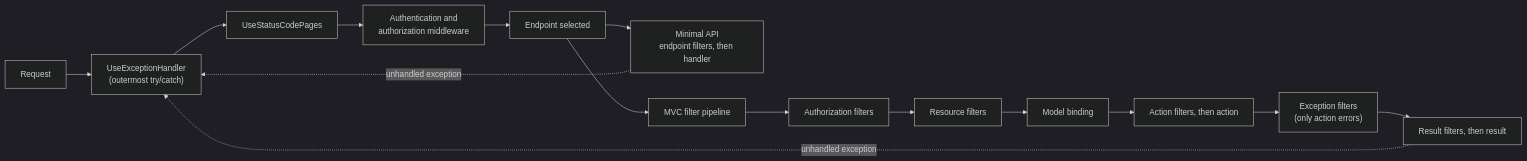
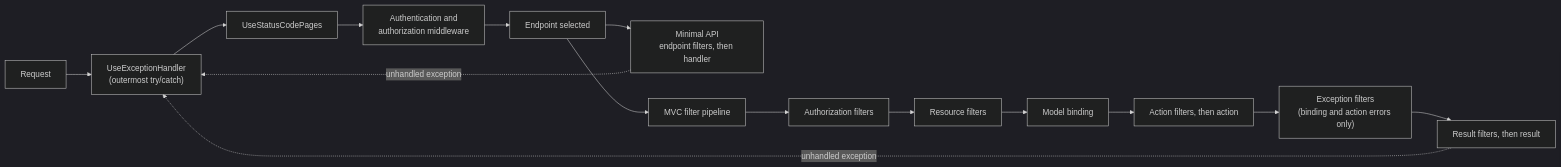
Before and after one commit to rizwi0786/system-design-lab: the first of 2 diagrams in content/lessons/m03/m03-filters-exceptions.md, drawn with Mermaid (dark theme). The commit also changed other lines of this file and 334 other files, not shown here.

````diff
--- a/content/lessons/m03/m03-filters-exceptions.md
+++ b/content/lessons/m03/m03-filters-exceptions.md
@@ -224,17 +226,17 @@
 ```mermaid
 flowchart LR
     REQ["Request"] --> EH["UseExceptionHandler<br/>(outermost try/catch)"]
     EH --> SCP["UseStatusCodePages"]
     SCP --> AUTH["Authentication and<br/>authorization middleware"]
     AUTH --> RT["Endpoint selected"]
     RT --> MIN["Minimal API<br/>endpoint filters, then handler"]
     RT --> MVC["MVC filter pipeline"]
     MVC --> F1["Authorization filters"]
     F1 --> F2["Resource filters"]
     F2 --> MB["Model binding"]
     MB --> F3["Action filters, then action"]
-    F3 --> F4["Exception filters<br/>(only action errors)"]
+    F3 --> F4["Exception filters<br/>(binding and action errors only)"]
     F4 --> F5["Result filters, then result"]
     MIN -.->|"unhandled exception"| EH
     F5 -.->|"unhandled exception"| EH
 ```
````
